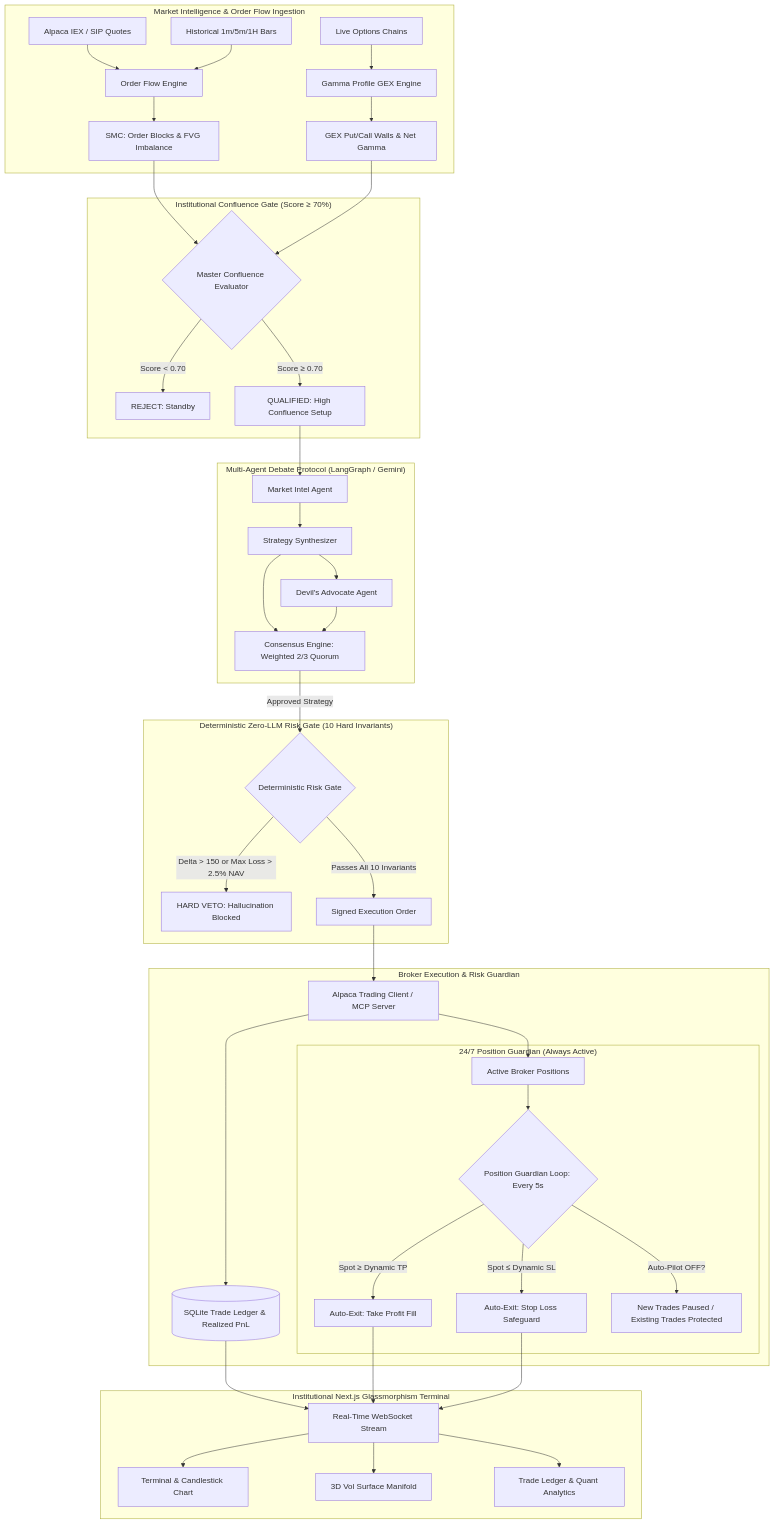
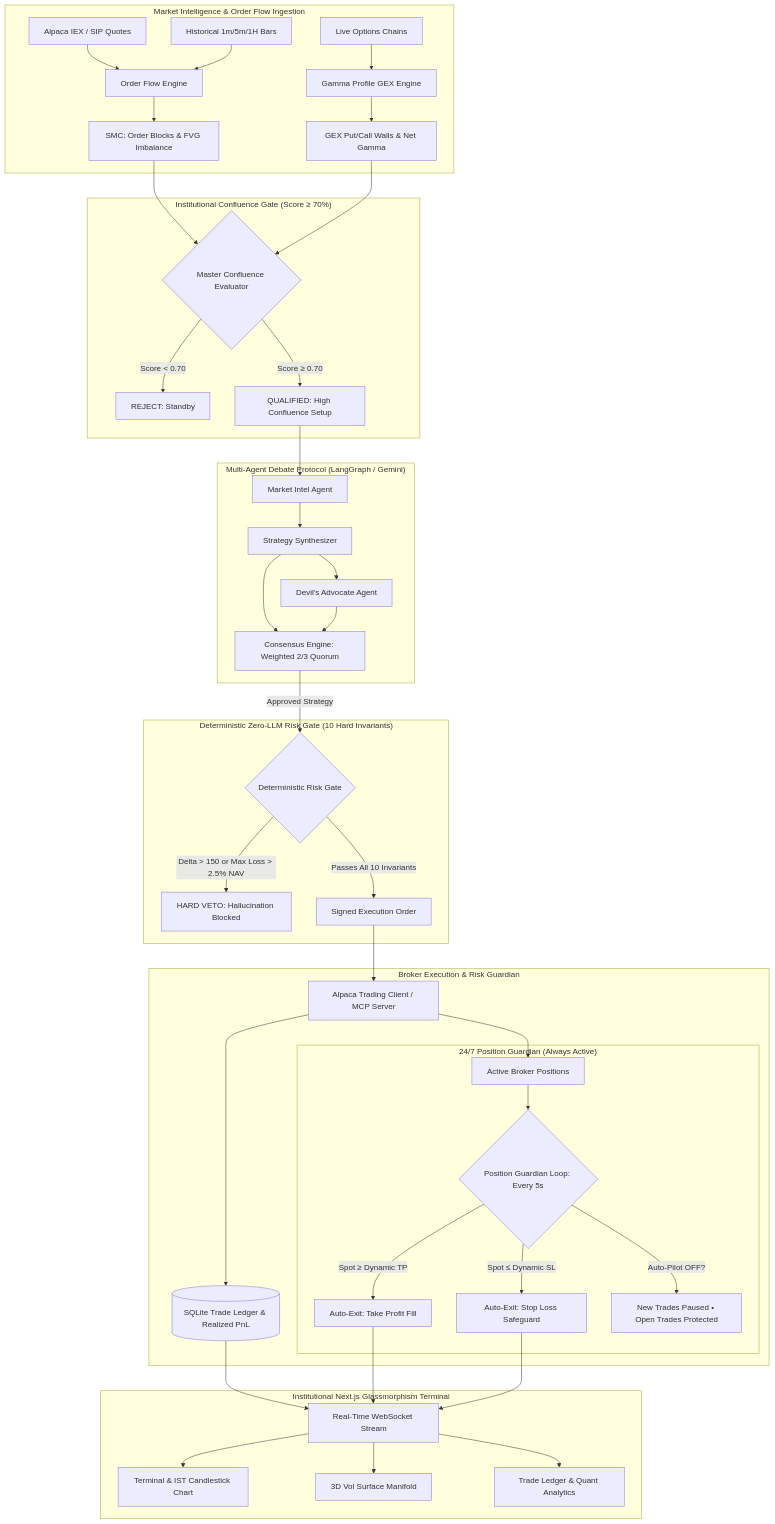
Before and after one commit to d1vyom/VolHelix-AI: the diagram in README.md, drawn with Mermaid. The commit also changed other lines of this file and 1 other file, not shown here.

````diff
--- a/README.md
+++ b/README.md
@@ -36,49 +39,49 @@
 ```mermaid
 flowchart TB
     subgraph MarketData ["Market Intelligence & Order Flow Ingestion"]
         A1[Alpaca IEX / SIP Quotes] --> B1[Order Flow Engine]
         A2[Historical 1m/5m/1H Bars] --> B1
         A3[Live Options Chains] --> B2[Gamma Profile GEX Engine]
         B1 --> B3[SMC: Order Blocks & FVG Imbalance]
         B2 --> B4[GEX Put/Call Walls & Net Gamma]
     end
 
     subgraph ConfluenceGate ["Institutional Confluence Gate (Score ≥ 70%)"]
         B3 & B4 --> C1{Master Confluence Evaluator}
         C1 -->|Score < 0.70| C2[REJECT: Standby]
         C1 -->|Score ≥ 0.70| C3[QUALIFIED: High Confluence Setup]
     end
 
     subgraph AgentSwarm ["Multi-Agent Debate Protocol (LangGraph / Gemini)"]
         C3 --> D1[Market Intel Agent]
         D1 --> D2[Strategy Synthesizer]
         D2 --> D3[Devil's Advocate Agent]
         D2 & D3 --> D4[Consensus Engine: Weighted 2/3 Quorum]
     end
 
     subgraph RiskLayer ["Deterministic Zero-LLM Risk Gate (10 Hard Invariants)"]
         D4 -->|Approved Strategy| E1{Deterministic Risk Gate}
         E1 -->|Delta > 150 or Max Loss > 2.5% NAV| E2[HARD VETO: Hallucination Blocked]
         E1 -->|Passes All 10 Invariants| E3[Signed Execution Order]
     end
 
     subgraph ExecutionLayer ["Broker Execution & Risk Guardian"]
         E3 --> F1[Alpaca Trading Client / MCP Server]
         F1 --> F2[(SQLite Trade Ledger & Realized PnL)]
         F1 --> G1[Active Broker Positions]
         
         subgraph Guardian ["24/7 Position Guardian (Always Active)"]
             G1 --> H1{Position Guardian Loop: Every 5s}
             H1 -->|Spot ≥ Dynamic TP| H2[Auto-Exit: Take Profit Fill]
             H1 -->|Spot ≤ Dynamic SL| H3[Auto-Exit: Stop Loss Safeguard]
-            H1 -->|Auto-Pilot OFF?| H4[New Trades Paused / Existing Trades Protected]
+            H1 -->|Auto-Pilot OFF?| H4[New Trades Paused • Open Trades Protected]
         end
     end
 
     subgraph ClientUI ["Institutional Next.js Glassmorphism Terminal"]
         F2 & H2 & H3 --> I1[Real-Time WebSocket Stream]
-        I1 --> I2[Terminal & Candlestick Chart]
+        I1 --> I2[Terminal & IST Candlestick Chart]
         I1 --> I3[3D Vol Surface Manifold]
         I1 --> I4[Trade Ledger & Quant Analytics]
     end
 ```
````
